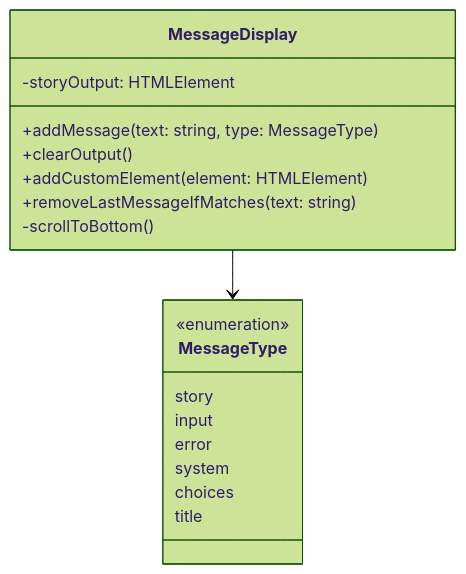
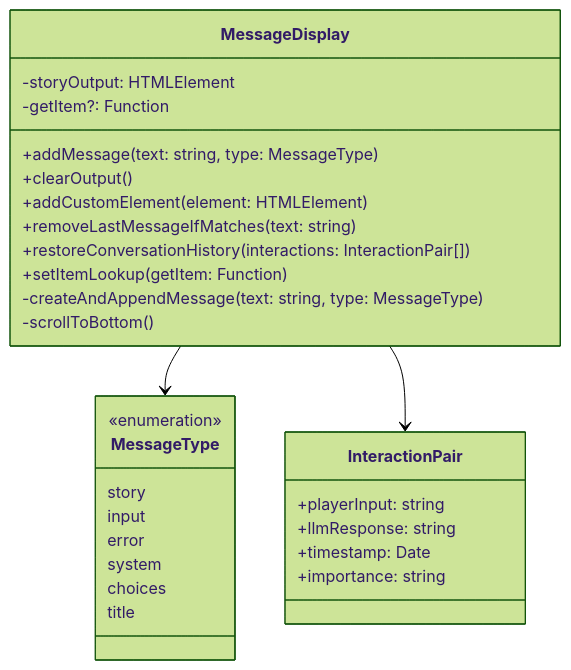
Before and after one commit to indraastra/iffy: the second of 16 diagrams in docs/ui-components.md, drawn with Mermaid (forest theme). The commit also changed other lines of this file and 1 other file, not shown here.

````diff
--- a/docs/ui-components.md
+++ b/docs/ui-components.md
@@ -61,23 +61,35 @@
 ```mermaid
 classDiagram
     class MessageDisplay {
         -storyOutput: HTMLElement
+        -getItem?: Function
         +addMessage(text: string, type: MessageType)
         +clearOutput()
         +addCustomElement(element: HTMLElement)
         +removeLastMessageIfMatches(text: string)
+        +restoreConversationHistory(interactions: InteractionPair[])
+        +setItemLookup(getItem: Function)
+        -createAndAppendMessage(text: string, type: MessageType)
         -scrollToBottom()
     }
     
     class MessageType {
         <<enumeration>>
         story
         input
         error
         system
         choices
         title
     }
     
+    class InteractionPair {
+        +playerInput: string
+        +llmResponse: string
+        +timestamp: Date
+        +importance: string
+    }
+    
     MessageDisplay --> MessageType
+    MessageDisplay --> InteractionPair
 ```
````
